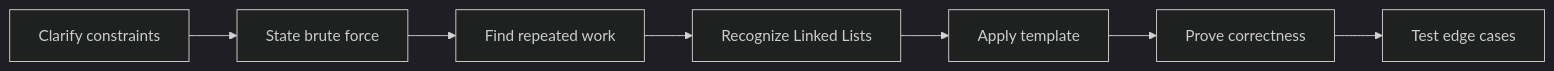
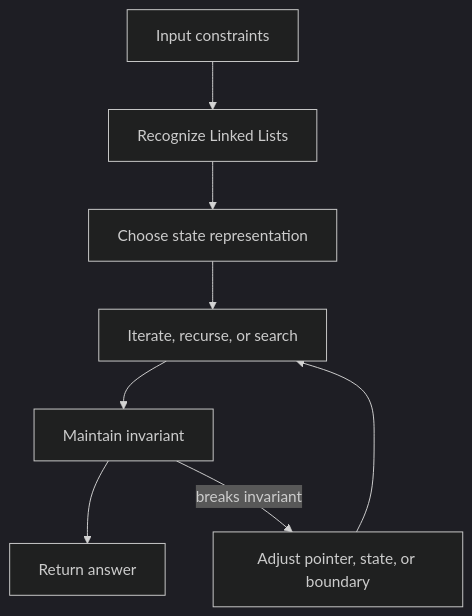
Before and after one commit to abstractinterviews/abstractinterviews.github.io: the second of 2 diagrams in coding-round/data-structures/linked-lists/index.md, drawn with Mermaid (dark theme). The commit also changed other lines of this file and 278 other files, not shown here.

````diff
--- a/coding-round/data-structures/linked-lists/index.md
+++ b/coding-round/data-structures/linked-lists/index.md
@@ -123,9 +121,10 @@
-~~~mermaid
-flowchart LR
-    A["Clarify constraints"] --> B["State brute force"]
-    B --> C["Find repeated work"]
-    C --> D["Recognize Linked Lists"]
-    D --> E["Apply template"]
-    E --> F["Prove correctness"]
-    F --> G["Test edge cases"]
-~~~
+```mermaid
+flowchart TD
+    Input["Input constraints"] --> Pattern["Recognize Linked Lists"]
+    Pattern --> State["Choose state representation"]
+    State --> Iterate["Iterate, recurse, or search"]
+    Iterate --> Check["Maintain invariant"]
+    Check --> Result["Return answer"]
+    Check -->|breaks invariant| Fix["Adjust pointer, state, or boundary"]
+    Fix --> Iterate
+```
````
